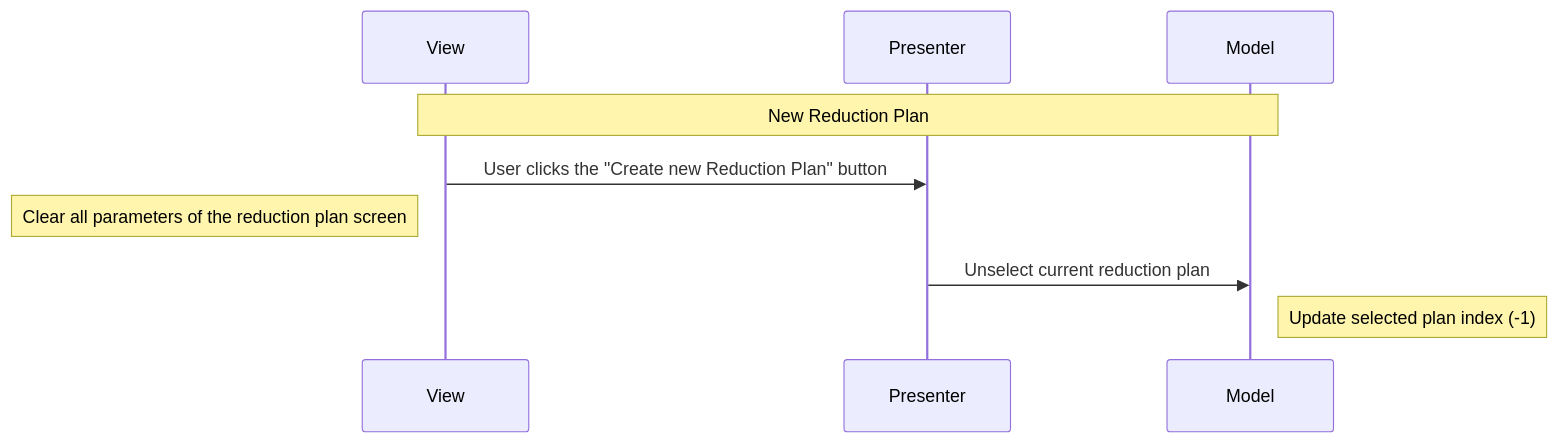
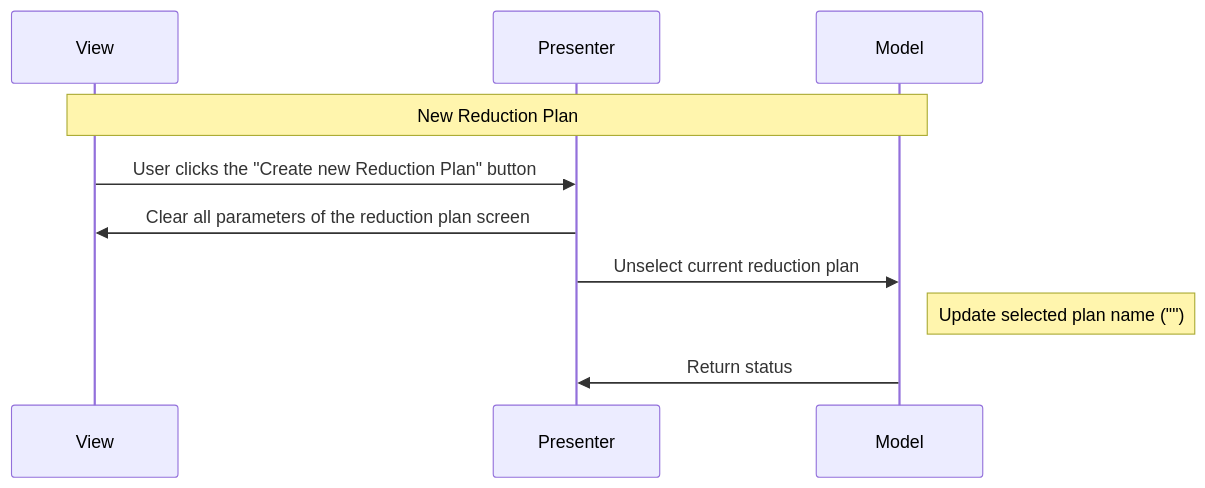
One commit to neutrons/garnet changed the fourth of 14 diagrams in docs/source/design/reduction_plan_mvp.rst. Above: the diagram before and after it, drawn with Mermaid. The commit also changed other lines of this file and 4 other files, not shown here.

```diff
--- a/docs/source/design/reduction_plan_mvp.rst
+++ b/docs/source/design/reduction_plan_mvp.rst
@@ -251,12 +281,13 @@
-.. mermaid::
+    .. mermaid::
 
-    sequenceDiagram
-        participant View
-        participant Presenter
-        participant Model
+        sequenceDiagram
+            participant View
+            participant Presenter
+            participant Model
 
-        Note over View,Model: New Reduction Plan
-        View->>Presenter: User clicks the "Create new Reduction Plan" button
-        Note left of View: Clear all parameters of the reduction plan screen
-        Presenter->>Model: Unselect current reduction plan
-        Note right of Model: Update selected plan index (-1)
+            Note over View,Model: New Reduction Plan
+            View->>Presenter: User clicks the "Create new Reduction Plan" button
+            Presenter->>View: Clear all parameters of the reduction plan screen
+            Presenter->>Model: Unselect current reduction plan
+            Note right of Model: Update selected plan name ("")
+            Model->>Presenter: Return status
```
